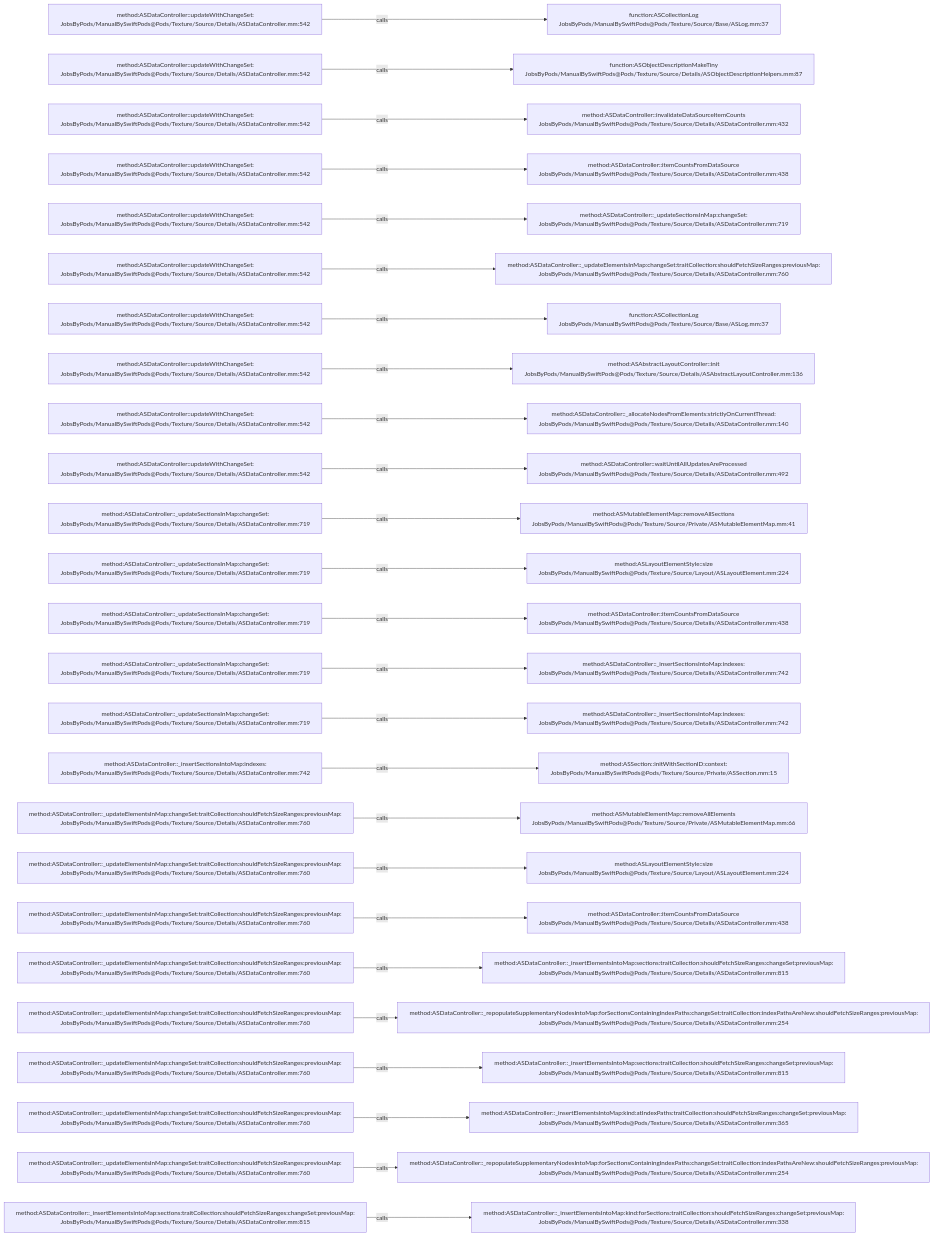
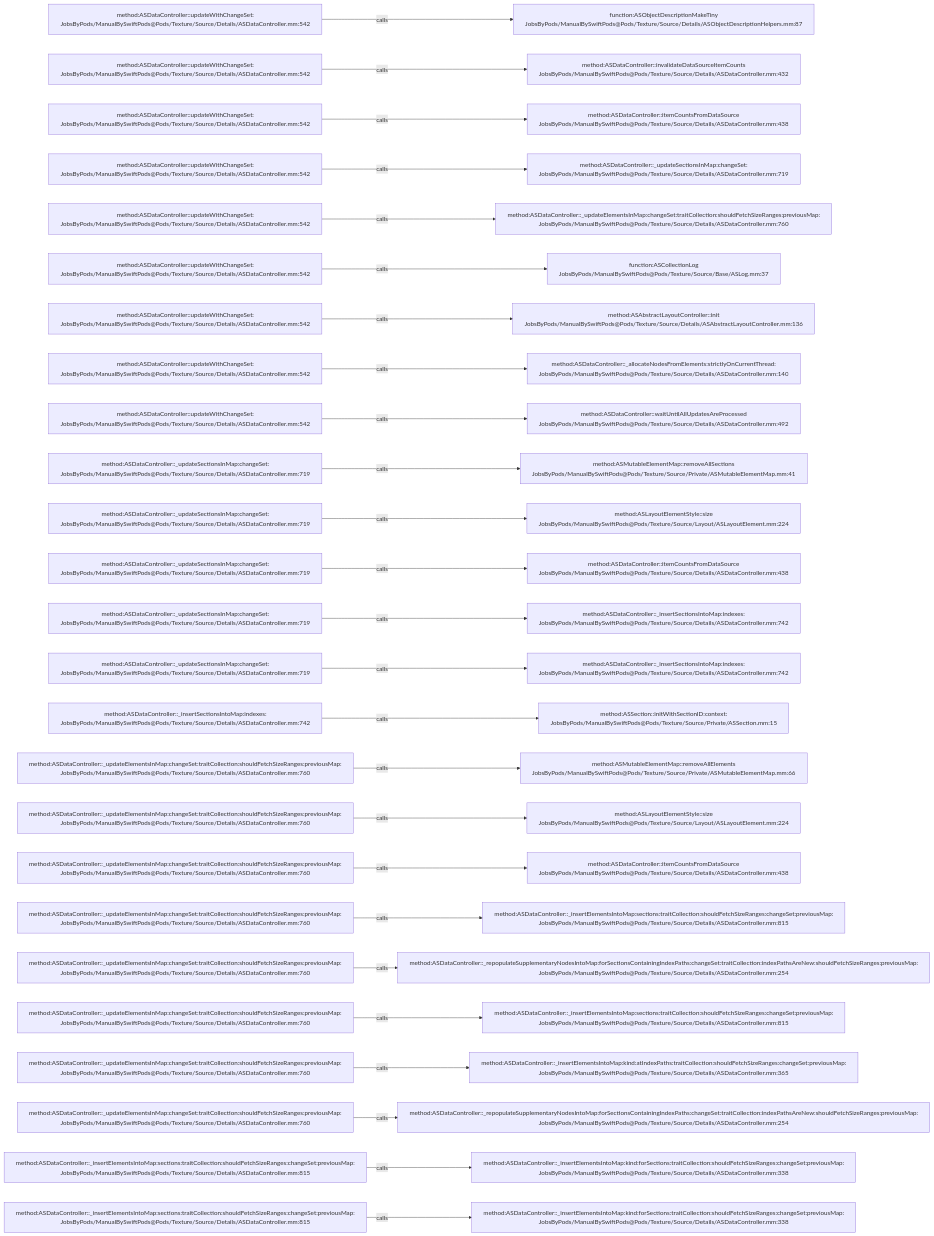
The diagram in .codegraph/codegraph.md/graphs/calls-086.md (JobsKits/JobsSwiftBaseConfigDemo), drawn with Mermaid before and after one commit. The commit also changed 747 other files, not shown here.

````diff
--- a/.codegraph/codegraph.md/graphs/calls-086.md
+++ b/.codegraph/codegraph.md/graphs/calls-086.md
@@ -13,78 +13,78 @@
 ```mermaid
 flowchart LR
   S1["method:ASDataController::updateWithChangeSet:<br/>JobsByPods/ManualBySwiftPods@Pods/Texture/Source/Details/ASDataController.mm:542"]
-  T1["function:ASCollectionLog<br/>JobsByPods/ManualBySwiftPods@Pods/Texture/Source/Base/ASLog.mm:37"]
+  T1["function:ASObjectDescriptionMakeTiny<br/>JobsByPods/ManualBySwiftPods@Pods/Texture/Source/Details/ASObjectDescriptionHelpers.mm:87"]
   S1 -->|calls| T1
   S2["method:ASDataController::updateWithChangeSet:<br/>JobsByPods/ManualBySwiftPods@Pods/Texture/Source/Details/ASDataController.mm:542"]
-  T2["function:ASObjectDescriptionMakeTiny<br/>JobsByPods/ManualBySwiftPods@Pods/Texture/Source/Details/ASObjectDescriptionHelpers.mm:87"]
+  T2["method:ASDataController::invalidateDataSourceItemCounts<br/>JobsByPods/ManualBySwiftPods@Pods/Texture/Source/Details/ASDataController.mm:432"]
   S2 -->|calls| T2
   S3["method:ASDataController::updateWithChangeSet:<br/>JobsByPods/ManualBySwiftPods@Pods/Texture/Source/Details/ASDataController.mm:542"]
-  T3["method:ASDataController::invalidateDataSourceItemCounts<br/>JobsByPods/ManualBySwiftPods@Pods/Texture/Source/Details/ASDataController.mm:432"]
+  T3["method:ASDataController::itemCountsFromDataSource<br/>JobsByPods/ManualBySwiftPods@Pods/Texture/Source/Details/ASDataController.mm:438"]
   S3 -->|calls| T3
   S4["method:ASDataController::updateWithChangeSet:<br/>JobsByPods/ManualBySwiftPods@Pods/Texture/Source/Details/ASDataController.mm:542"]
-  T4["method:ASDataController::itemCountsFromDataSource<br/>JobsByPods/ManualBySwiftPods@Pods/Texture/Source/Details/ASDataController.mm:438"]
+  T4["method:ASDataController::_updateSectionsInMap:changeSet:<br/>JobsByPods/ManualBySwiftPods@Pods/Texture/Source/Details/ASDataController.mm:719"]
   S4 -->|calls| T4
   S5["method:ASDataController::updateWithChangeSet:<br/>JobsByPods/ManualBySwiftPods@Pods/Texture/Source/Details/ASDataController.mm:542"]
-  T5["method:ASDataController::_updateSectionsInMap:changeSet:<br/>JobsByPods/ManualBySwiftPods@Pods/Texture/Source/Details/ASDataController.mm:719"]
+  T5["method:ASDataController::_updateElementsInMap:changeSet:traitCollection:shouldFetchSizeRanges:previousMap:<br/>JobsByPods/ManualBySwiftPods@Pods/Texture/Source/Details/ASDataController.mm:760"]
   S5 -->|calls| T5
   S6["method:ASDataController::updateWithChangeSet:<br/>JobsByPods/ManualBySwiftPods@Pods/Texture/Source/Details/ASDataController.mm:542"]
-  T6["method:ASDataController::_updateElementsInMap:changeSet:traitCollection:shouldFetchSizeRanges:previousMap:<br/>JobsByPods/ManualBySwiftPods@Pods/Texture/Source/Details/ASDataController.mm:760"]
+  T6["function:ASCollectionLog<br/>JobsByPods/ManualBySwiftPods@Pods/Texture/Source/Base/ASLog.mm:37"]
   S6 -->|calls| T6
   S7["method:ASDataController::updateWithChangeSet:<br/>JobsByPods/ManualBySwiftPods@Pods/Texture/Source/Details/ASDataController.mm:542"]
-  T7["function:ASCollectionLog<br/>JobsByPods/ManualBySwiftPods@Pods/Texture/Source/Base/ASLog.mm:37"]
+  T7["method:ASAbstractLayoutController::init<br/>JobsByPods/ManualBySwiftPods@Pods/Texture/Source/Details/ASAbstractLayoutController.mm:136"]
   S7 -->|calls| T7
   S8["method:ASDataController::updateWithChangeSet:<br/>JobsByPods/ManualBySwiftPods@Pods/Texture/Source/Details/ASDataController.mm:542"]
-  T8["method:ASAbstractLayoutController::init<br/>JobsByPods/ManualBySwiftPods@Pods/Texture/Source/Details/ASAbstractLayoutController.mm:136"]
+  T8["method:ASDataController::_allocateNodesFromElements:strictlyOnCurrentThread:<br/>JobsByPods/ManualBySwiftPods@Pods/Texture/Source/Details/ASDataController.mm:140"]
   S8 -->|calls| T8
   S9["method:ASDataController::updateWithChangeSet:<br/>JobsByPods/ManualBySwiftPods@Pods/Texture/Source/Details/ASDataController.mm:542"]
-  T9["method:ASDataController::_allocateNodesFromElements:strictlyOnCurrentThread:<br/>JobsByPods/ManualBySwiftPods@Pods/Texture/Source/Details/ASDataController.mm:140"]
+  T9["method:ASDataController::waitUntilAllUpdatesAreProcessed<br/>JobsByPods/ManualBySwiftPods@Pods/Texture/Source/Details/ASDataController.mm:492"]
   S9 -->|calls| T9
-  S10["method:ASDataController::updateWithChangeSet:<br/>JobsByPods/ManualBySwiftPods@Pods/Texture/Source/Details/ASDataController.mm:542"]
-  T10["method:ASDataController::waitUntilAllUpdatesAreProcessed<br/>JobsByPods/ManualBySwiftPods@Pods/Texture/Source/Details/ASDataController.mm:492"]
+  S10["method:ASDataController::_updateSectionsInMap:changeSet:<br/>JobsByPods/ManualBySwiftPods@Pods/Texture/Source/Details/ASDataController.mm:719"]
+  T10["method:ASMutableElementMap::removeAllSections<br/>JobsByPods/ManualBySwiftPods@Pods/Texture/Source/Private/ASMutableElementMap.mm:41"]
   S10 -->|calls| T10
   S11["method:ASDataController::_updateSectionsInMap:changeSet:<br/>JobsByPods/ManualBySwiftPods@Pods/Texture/Source/Details/ASDataController.mm:719"]
-  T11["method:ASMutableElementMap::removeAllSections<br/>JobsByPods/ManualBySwiftPods@Pods/Texture/Source/Private/ASMutableElementMap.mm:41"]
+  T11["method:ASLayoutElementStyle::size<br/>JobsByPods/ManualBySwiftPods@Pods/Texture/Source/Layout/ASLayoutElement.mm:224"]
   S11 -->|calls| T11
   S12["method:ASDataController::_updateSectionsInMap:changeSet:<br/>JobsByPods/ManualBySwiftPods@Pods/Texture/Source/Details/ASDataController.mm:719"]
-  T12["method:ASLayoutElementStyle::size<br/>JobsByPods/ManualBySwiftPods@Pods/Texture/Source/Layout/ASLayoutElement.mm:224"]
+  T12["method:ASDataController::itemCountsFromDataSource<br/>JobsByPods/ManualBySwiftPods@Pods/Texture/Source/Details/ASDataController.mm:438"]
   S12 -->|calls| T12
   S13["method:ASDataController::_updateSectionsInMap:changeSet:<br/>JobsByPods/ManualBySwiftPods@Pods/Texture/Source/Details/ASDataController.mm:719"]
-  T13["method:ASDataController::itemCountsFromDataSource<br/>JobsByPods/ManualBySwiftPods@Pods/Texture/Source/Details/ASDataController.mm:438"]
+  T13["method:ASDataController::_insertSectionsIntoMap:indexes:<br/>JobsByPods/ManualBySwiftPods@Pods/Texture/Source/Details/ASDataController.mm:742"]
   S13 -->|calls| T13
   S14["method:ASDataController::_updateSectionsInMap:changeSet:<br/>JobsByPods/ManualBySwiftPods@Pods/Texture/Source/Details/ASDataController.mm:719"]
   T14["method:ASDataController::_insertSectionsIntoMap:indexes:<br/>JobsByPods/ManualBySwiftPods@Pods/Texture/Source/Details/ASDataController.mm:742"]
   S14 -->|calls| T14
-  S15["method:ASDataController::_updateSectionsInMap:changeSet:<br/>JobsByPods/ManualBySwiftPods@Pods/Texture/Source/Details/ASDataController.mm:719"]
-  T15["method:ASDataController::_insertSectionsIntoMap:indexes:<br/>JobsByPods/ManualBySwiftPods@Pods/Texture/Source/Details/ASDataController.mm:742"]
+  S15["method:ASDataController::_insertSectionsIntoMap:indexes:<br/>JobsByPods/ManualBySwiftPods@Pods/Texture/Source/Details/ASDataController.mm:742"]
+  T15["method:ASSection::initWithSectionID:context:<br/>JobsByPods/ManualBySwiftPods@Pods/Texture/Source/Private/ASSection.mm:15"]
   S15 -->|calls| T15
-  S16["method:ASDataController::_insertSectionsIntoMap:indexes:<br/>JobsByPods/ManualBySwiftPods@Pods/Texture/Source/Details/ASDataController.mm:742"]
-  T16["method:ASSection::initWithSectionID:context:<br/>JobsByPods/ManualBySwiftPods@Pods/Texture/Source/Private/ASSection.mm:15"]
+  S16["method:ASDataController::_updateElementsInMap:changeSet:traitCollection:shouldFetchSizeRanges:previousMap:<br/>JobsByPods/ManualBySwiftPods@Pods/Texture/Source/Details/ASDataController.mm:760"]
+  T16["method:ASMutableElementMap::removeAllElements<br/>JobsByPods/ManualBySwiftPods@Pods/Texture/Source/Private/ASMutableElementMap.mm:66"]
   S16 -->|calls| T16
   S17["method:ASDataController::_updateElementsInMap:changeSet:traitCollection:shouldFetchSizeRanges:previousMap:<br/>JobsByPods/ManualBySwiftPods@Pods/Texture/Source/Details/ASDataController.mm:760"]
-  T17["method:ASMutableElementMap::removeAllElements<br/>JobsByPods/ManualBySwiftPods@Pods/Texture/Source/Private/ASMutableElementMap.mm:66"]
+  T17["method:ASLayoutElementStyle::size<br/>JobsByPods/ManualBySwiftPods@Pods/Texture/Source/Layout/ASLayoutElement.mm:224"]
   S17 -->|calls| T17
   S18["method:ASDataController::_updateElementsInMap:changeSet:traitCollection:shouldFetchSizeRanges:previousMap:<br/>JobsByPods/ManualBySwiftPods@Pods/Texture/Source/Details/ASDataController.mm:760"]
-  T18["method:ASLayoutElementStyle::size<br/>JobsByPods/ManualBySwiftPods@Pods/Texture/Source/Layout/ASLayoutElement.mm:224"]
+  T18["method:ASDataController::itemCountsFromDataSource<br/>JobsByPods/ManualBySwiftPods@Pods/Texture/Source/Details/ASDataController.mm:438"]
   S18 -->|calls| T18
   S19["method:ASDataController::_updateElementsInMap:changeSet:traitCollection:shouldFetchSizeRanges:previousMap:<br/>JobsByPods/ManualBySwiftPods@Pods/Texture/Source/Details/ASDataController.mm:760"]
-  T19["method:ASDataController::itemCountsFromDataSource<br/>JobsByPods/ManualBySwiftPods@Pods/Texture/Source/Details/ASDataController.mm:438"]
+  T19["method:ASDataController::_insertElementsIntoMap:sections:traitCollection:shouldFetchSizeRanges:changeSet:previousMap:<br/>JobsByPods/ManualBySwiftPods@Pods/Texture/Source/Details/ASDataController.mm:815"]
   S19 -->|calls| T19
   S20["method:ASDataController::_updateElementsInMap:changeSet:traitCollection:shouldFetchSizeRanges:previousMap:<br/>JobsByPods/ManualBySwiftPods@Pods/Texture/Source/Details/ASDataController.mm:760"]
-  T20["method:ASDataController::_insertElementsIntoMap:sections:traitCollection:shouldFetchSizeRanges:changeSet:previousMap:<br/>JobsByPods/ManualBySwiftPods@Pods/Texture/Source/Details/ASDataController.mm:815"]
+  T20["method:ASDataController::_repopulateSupplementaryNodesIntoMap:forSectionsContainingIndexPaths:changeSet:traitCollection:indexPathsAreNew:shouldFetchSizeRanges:previousMap:<br/>JobsByPods/ManualBySwiftPods@Pods/Texture/Source/Details/ASDataController.mm:254"]
   S20 -->|calls| T20
   S21["method:ASDataController::_updateElementsInMap:changeSet:traitCollection:shouldFetchSizeRanges:previousMap:<br/>JobsByPods/ManualBySwiftPods@Pods/Texture/Source/Details/ASDataController.mm:760"]
-  T21["method:ASDataController::_repopulateSupplementaryNodesIntoMap:forSectionsContainingIndexPaths:changeSet:traitCollection:indexPathsAreNew:shouldFetchSizeRanges:previousMap:<br/>JobsByPods/ManualBySwiftPods@Pods/Texture/Source/Details/ASDataController.mm:254"]
+  T21["method:ASDataController::_insertElementsIntoMap:sections:traitCollection:shouldFetchSizeRanges:changeSet:previousMap:<br/>JobsByPods/ManualBySwiftPods@Pods/Texture/Source/Details/ASDataController.mm:815"]
   S21 -->|calls| T21
   S22["method:ASDataController::_updateElementsInMap:changeSet:traitCollection:shouldFetchSizeRanges:previousMap:<br/>JobsByPods/ManualBySwiftPods@Pods/Texture/Source/Details/ASDataController.mm:760"]
-  T22["method:ASDataController::_insertElementsIntoMap:sections:traitCollection:shouldFetchSizeRanges:changeSet:previousMap:<br/>JobsByPods/ManualBySwiftPods@Pods/Texture/Source/Details/ASDataController.mm:815"]
+  T22["method:ASDataController::_insertElementsIntoMap:kind:atIndexPaths:traitCollection:shouldFetchSizeRanges:changeSet:previousMap:<br/>JobsByPods/ManualBySwiftPods@Pods/Texture/Source/Details/ASDataController.mm:365"]
   S22 -->|calls| T22
   S23["method:ASDataController::_updateElementsInMap:changeSet:traitCollection:shouldFetchSizeRanges:previousMap:<br/>JobsByPods/ManualBySwiftPods@Pods/Texture/Source/Details/ASDataController.mm:760"]
-  T23["method:ASDataController::_insertElementsIntoMap:kind:atIndexPaths:traitCollection:shouldFetchSizeRanges:changeSet:previousMap:<br/>JobsByPods/ManualBySwiftPods@Pods/Texture/Source/Details/ASDataController.mm:365"]
+  T23["method:ASDataController::_repopulateSupplementaryNodesIntoMap:forSectionsContainingIndexPaths:changeSet:traitCollection:indexPathsAreNew:shouldFetchSizeRanges:previousMap:<br/>JobsByPods/ManualBySwiftPods@Pods/Texture/Source/Details/ASDataController.mm:254"]
   S23 -->|calls| T23
-  S24["method:ASDataController::_updateElementsInMap:changeSet:traitCollection:shouldFetchSizeRanges:previousMap:<br/>JobsByPods/ManualBySwiftPods@Pods/Texture/Source/Details/ASDataController.mm:760"]
-  T24["method:ASDataController::_repopulateSupplementaryNodesIntoMap:forSectionsContainingIndexPaths:changeSet:traitCollection:indexPathsAreNew:shouldFetchSizeRanges:previousMap:<br/>JobsByPods/ManualBySwiftPods@Pods/Texture/Source/Details/ASDataController.mm:254"]
+  S24["method:ASDataController::_insertElementsIntoMap:sections:traitCollection:shouldFetchSizeRanges:changeSet:previousMap:<br/>JobsByPods/ManualBySwiftPods@Pods/Texture/Source/Details/ASDataController.mm:815"]
+  T24["method:ASDataController::_insertElementsIntoMap:kind:forSections:traitCollection:shouldFetchSizeRanges:changeSet:previousMap:<br/>JobsByPods/ManualBySwiftPods@Pods/Texture/Source/Details/ASDataController.mm:338"]
   S24 -->|calls| T24
   S25["method:ASDataController::_insertElementsIntoMap:sections:traitCollection:shouldFetchSizeRanges:changeSet:previousMap:<br/>JobsByPods/ManualBySwiftPods@Pods/Texture/Source/Details/ASDataController.mm:815"]
   T25["method:ASDataController::_insertElementsIntoMap:kind:forSections:traitCollection:shouldFetchSizeRanges:changeSet:previousMap:<br/>JobsByPods/ManualBySwiftPods@Pods/Texture/Source/Details/ASDataController.mm:338"]
   S25 -->|calls| T25
 ```
````
